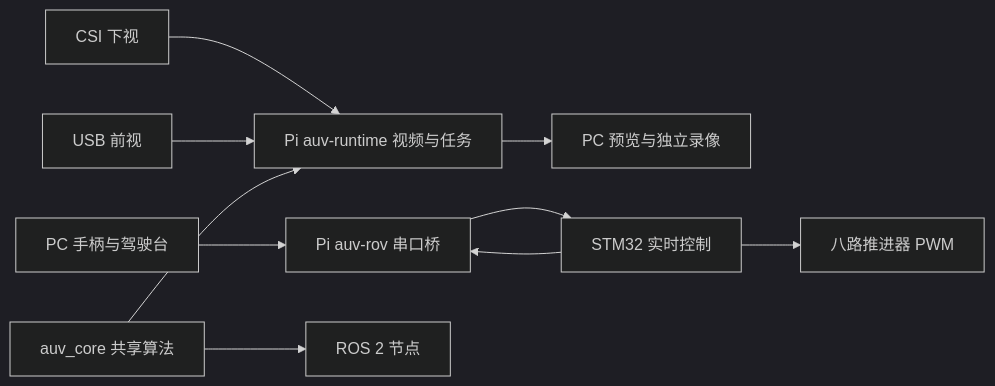
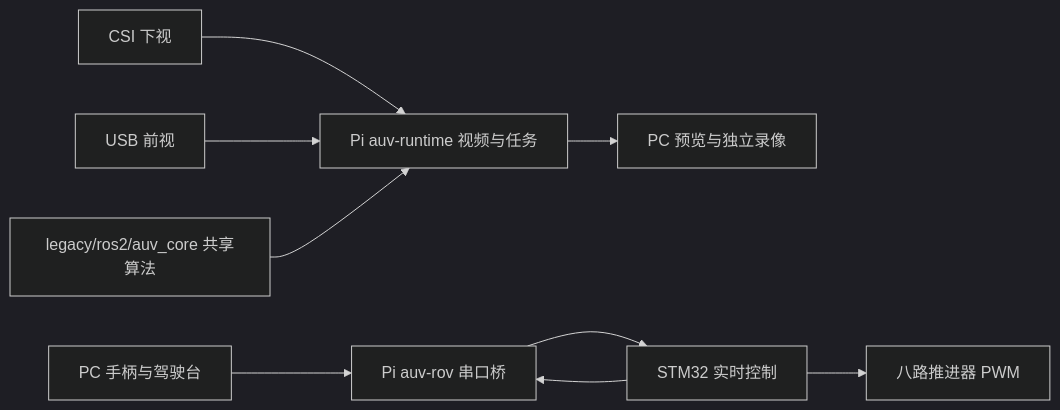
Before and after one commit to laihanwen/xjtu_rover_team_lib: the diagram in README.md, drawn with Mermaid (dark theme). The commit also changed other lines of this file and 176 other files, not shown here.

````diff
--- a/README.md
+++ b/README.md
@@ -29,12 +28,11 @@
 ```mermaid
 flowchart LR
   PC[PC 手柄与驾驶台] --> Bridge[Pi auv-rov 串口桥]
   CSI[CSI 下视] --> Runtime[Pi auv-runtime 视频与任务]
   USB[USB 前视] --> Runtime
   Runtime --> Video[PC 预览与独立录像]
   Bridge --> MCU[STM32 实时控制]
   MCU --> Bridge
   MCU --> Motors[八路推进器 PWM]
-  Core[auv_core 共享算法] --> Runtime
-  Core --> ROS[ROS 2 节点]
+  Core[legacy/ros2/auv_core 共享算法] --> Runtime
 ```
````
